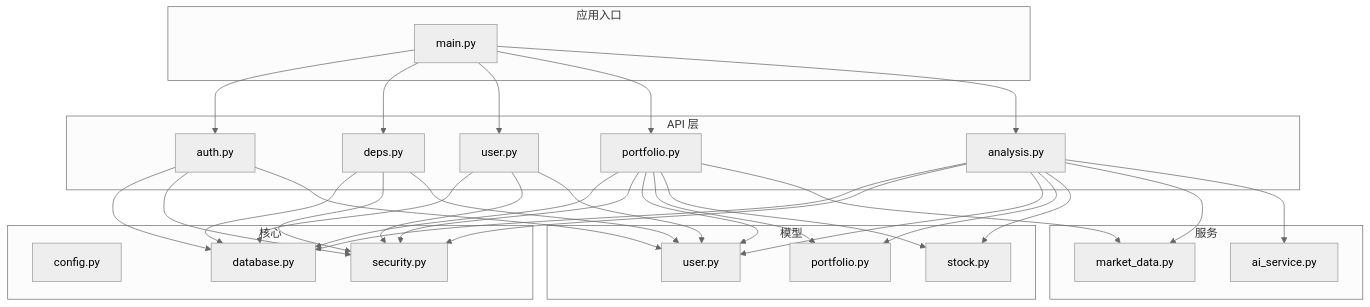
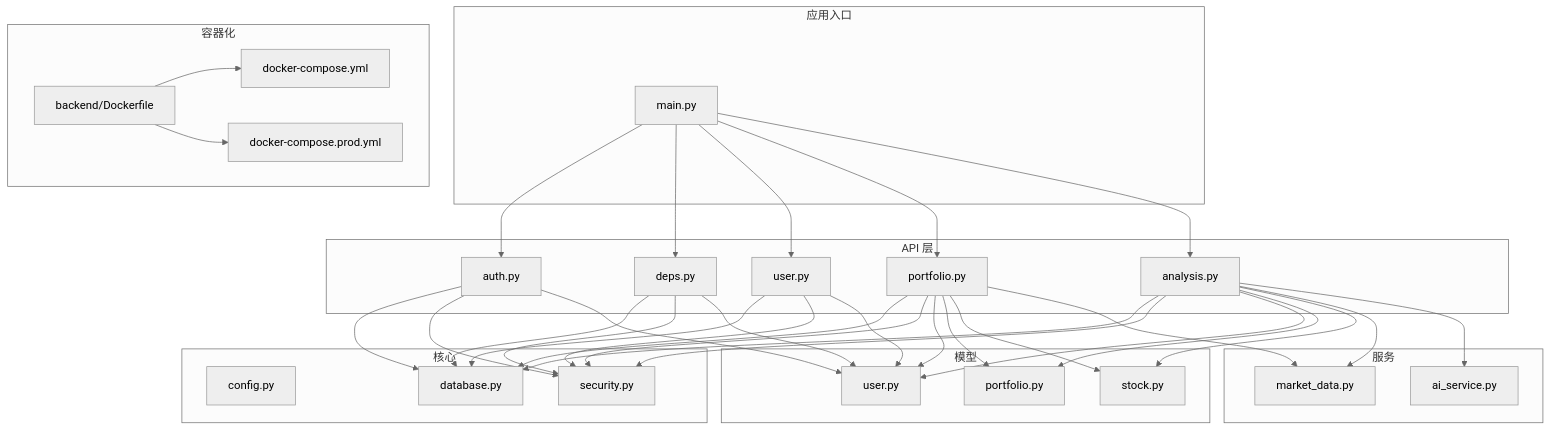
Before and after one commit to breeze-lyf/ai-stock-advisor: the first of 8 diagrams in .qoder/repowiki/zh/content/后端开发指南/后端开发指南.md, drawn with Mermaid (neutral theme). The commit also changed other lines of this file and 169 other files, not shown here.

````diff
--- a/.qoder/repowiki/zh/content/后端开发指南/后端开发指南.md
+++ b/.qoder/repowiki/zh/content/后端开发指南/后端开发指南.md
@@ -46,54 +50,61 @@
 ```mermaid
 graph TB
 subgraph "应用入口"
 M["main.py"]
 end
 subgraph "核心"
 C["config.py"]
 D["database.py"]
 S["security.py"]
 end
 subgraph "API 层"
 A1["auth.py"]
 A2["deps.py"]
 A3["user.py"]
 A4["portfolio.py"]
 A5["analysis.py"]
 end
 subgraph "模型"
 U["user.py"]
 P["portfolio.py"]
 T["stock.py"]
 end
 subgraph "服务"
 MS["market_data.py"]
 AS["ai_service.py"]
+end
+subgraph "容器化"
+BD["backend/Dockerfile"]
+DC["docker-compose.yml"]
+DP["docker-compose.prod.yml"]
 end
 M --> A1
 M --> A2
 M --> A3
 M --> A4
 M --> A5
 A1 --> D
 A2 --> D
 A3 --> D
 A4 --> D
 A5 --> D
 A1 --> S
 A2 --> S
 A3 --> S
 A4 --> S
 A5 --> S
 A1 --> U
 A2 --> U
 A3 --> U
 A4 --> U
 A4 --> P
 A4 --> T
 A5 --> U
 A5 --> P
 A5 --> T
 A4 --> MS
 A5 --> MS
 A5 --> AS
+BD --> DC
+BD --> DP
 ```
````
